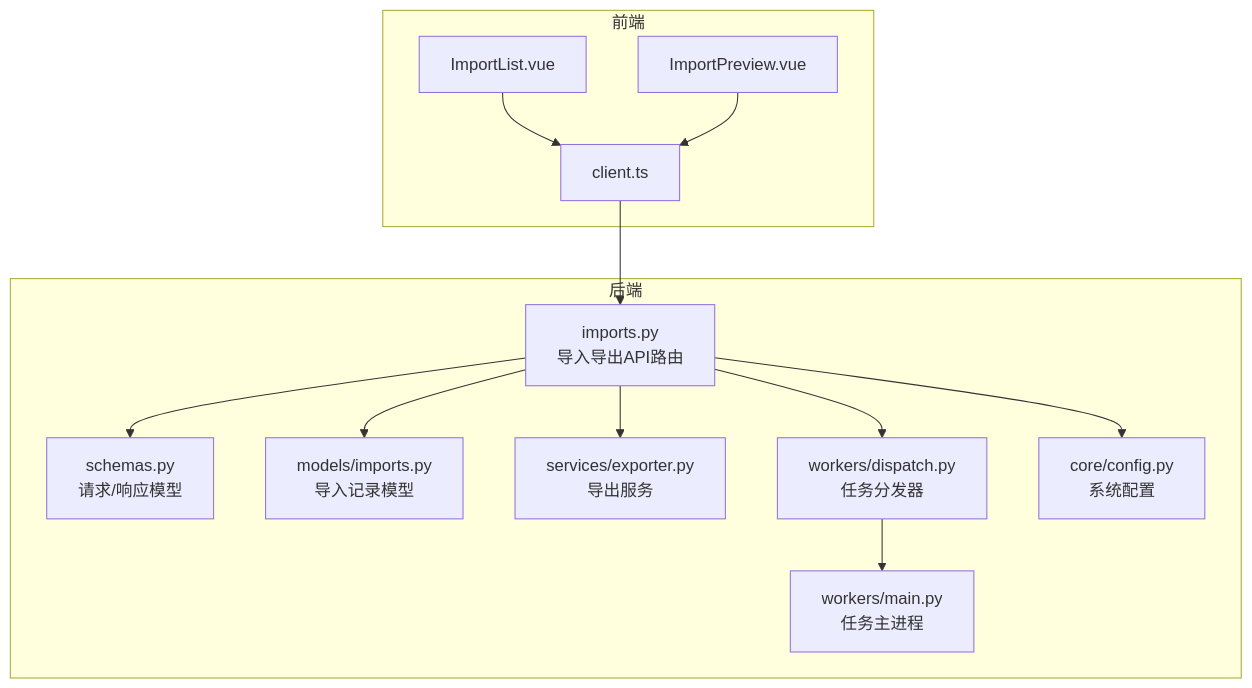
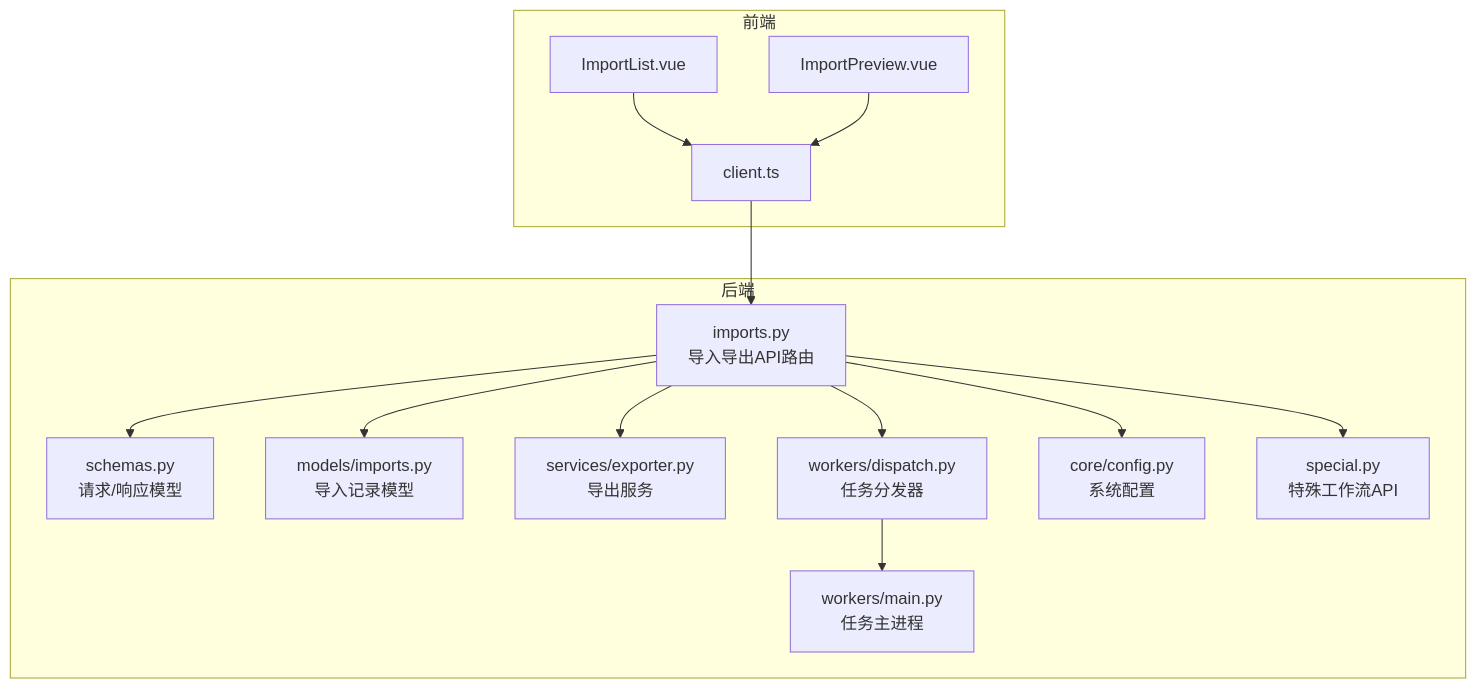
One commit to vu1Art1st/talos changed the first of 3 diagrams in .qoder/repowiki/zh/content/后端API文档/导入导出API.md. Above: the diagram before and after it, drawn with Mermaid. The commit also changed other lines of this file and 129 other files, not shown here.

````diff
--- a/.qoder/repowiki/zh/content/后端API文档/导入导出API.md
+++ b/.qoder/repowiki/zh/content/后端API文档/导入导出API.md
@@ -35,26 +42,28 @@
 ```mermaid
 graph TB
 subgraph "前端"
 IL["ImportList.vue"]
 IP["ImportPreview.vue"]
 AC["client.ts"]
 end
 subgraph "后端"
 API["imports.py<br/>导入导出API路由"]
 SCH["schemas.py<br/>请求/响应模型"]
 MDL["models/imports.py<br/>导入记录模型"]
 EXP["services/exporter.py<br/>导出服务"]
 WMAIN["workers/main.py<br/>任务主进程"]
 WDIS["workers/dispatch.py<br/>任务分发器"]
 CFG["core/config.py<br/>系统配置"]
+SPECIAL["special.py<br/>特殊工作流API"]
 end
 IL --> AC
 IP --> AC
 AC --> API
 API --> SCH
 API --> MDL
 API --> EXP
 API --> WDIS
 WDIS --> WMAIN
 API --> CFG
+API --> SPECIAL
 ```
````
